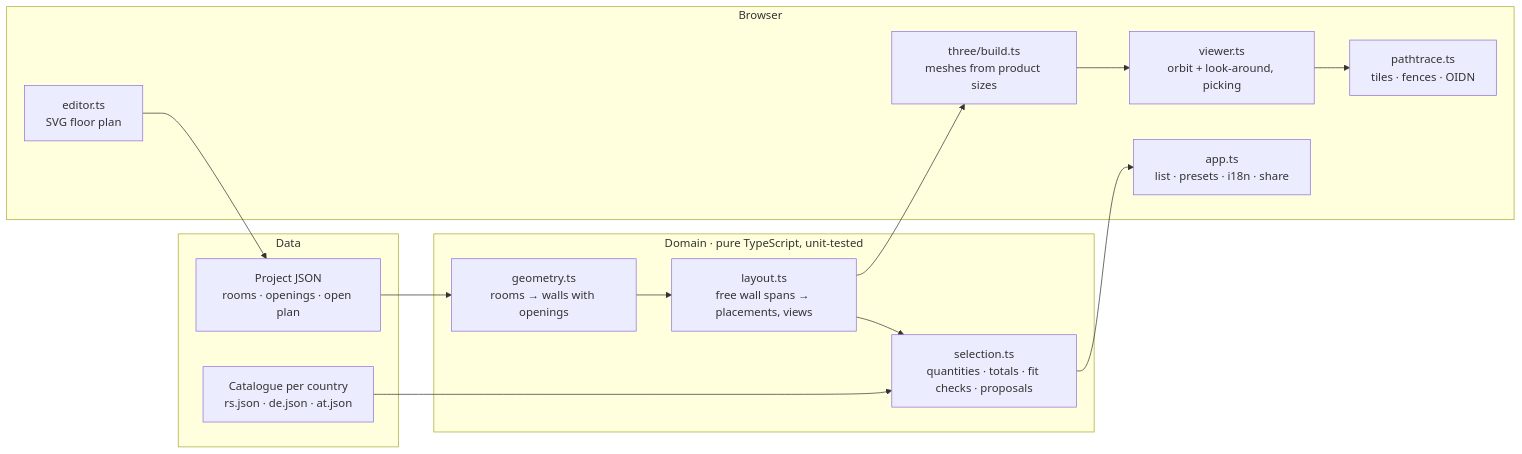
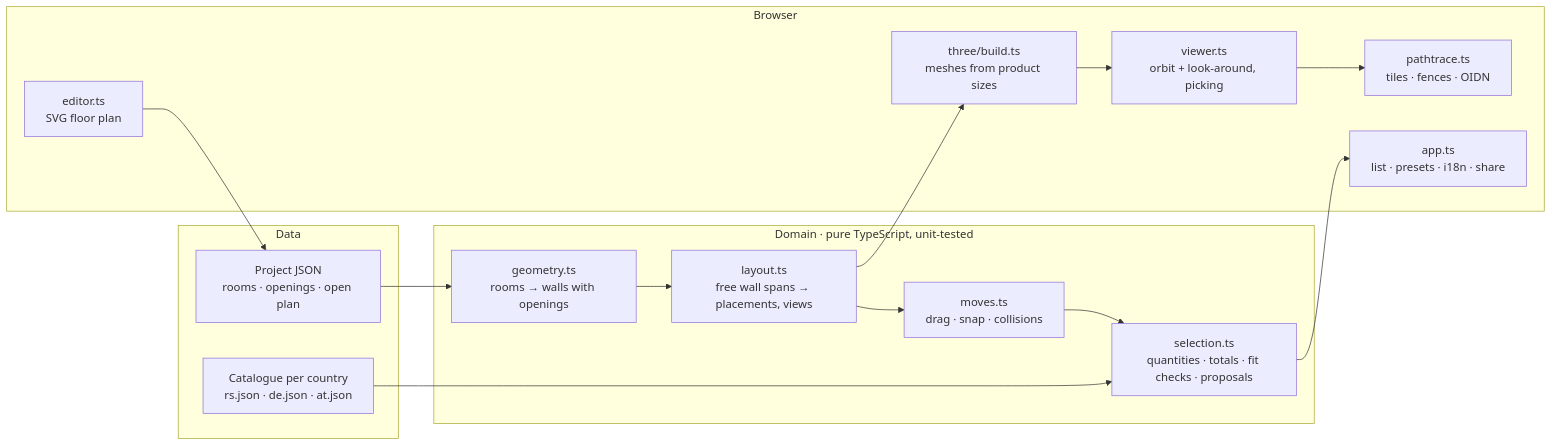
Before and after one commit to aco993/flatfit: the diagram in README.md, drawn with Mermaid. The commit also changed other lines of this file and 15 other files, not shown here.

````diff
--- a/README.md
+++ b/README.md
@@ -40,24 +41,25 @@
 ```mermaid
 flowchart LR
   subgraph data [Data]
     P[Project JSON<br/>rooms · openings · open plan] 
     C[Catalogue per country<br/>rs.json · de.json · at.json]
   end
   subgraph domain [Domain · pure TypeScript, unit-tested]
     G[geometry.ts<br/>rooms → walls with openings]
     L[layout.ts<br/>free wall spans → placements, views]
     S[selection.ts<br/>quantities · totals · fit checks · proposals]
+    MV[moves.ts<br/>drag · snap · collisions]
   end
   subgraph ui [Browser]
     B[three/build.ts<br/>meshes from product sizes]
     V[viewer.ts<br/>orbit + look-around, picking]
     PT[pathtrace.ts<br/>tiles · fences · OIDN]
     E[editor.ts<br/>SVG floor plan]
     A[app.ts<br/>list · presets · i18n · share]
   end
-  P --> G --> L --> S
+  P --> G --> L --> MV --> S
   C --> S
   L --> B --> V --> PT
   S --> A
   E --> P
 ```
````
